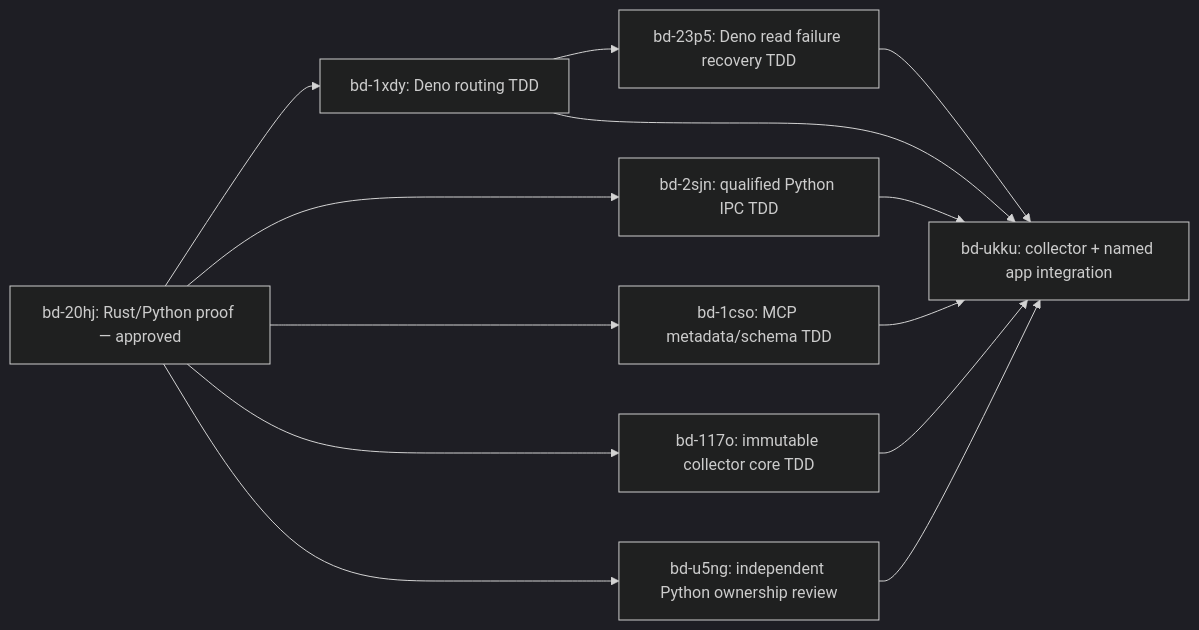
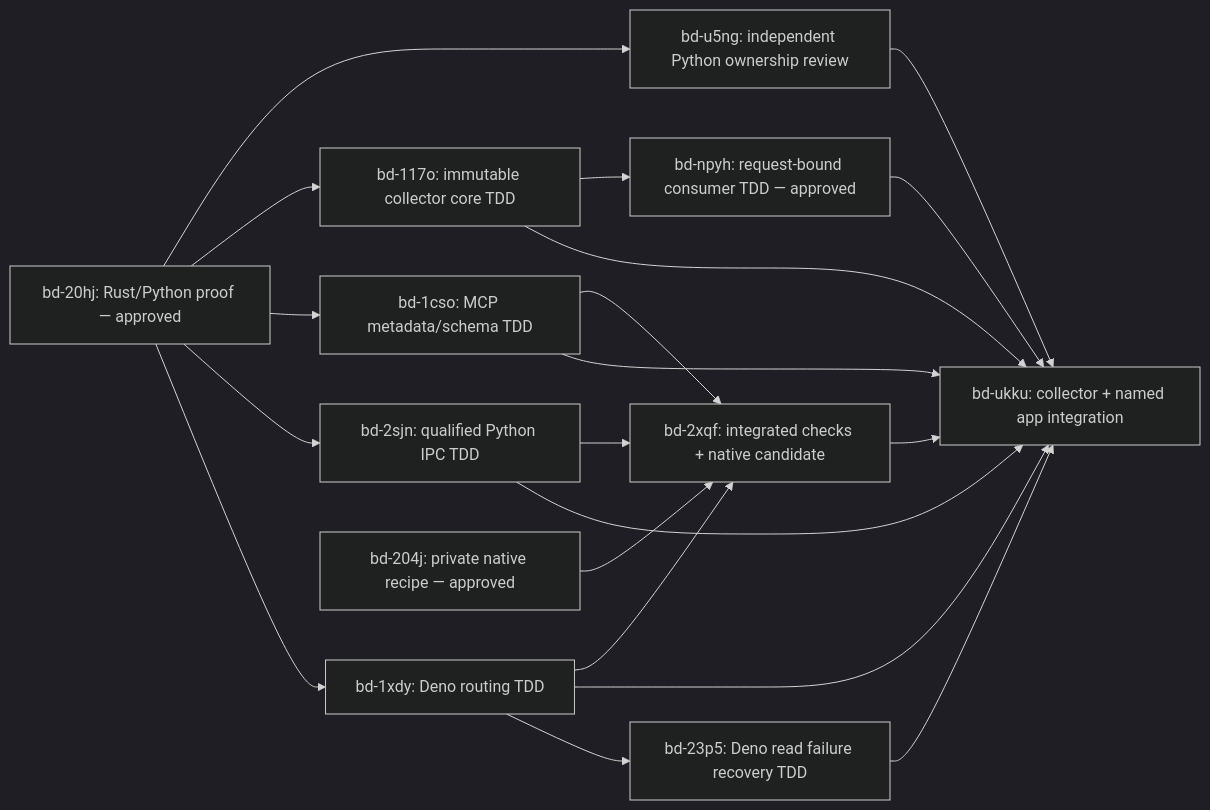
Before and after one commit to getspur/SpurCode: the diagram in docs/superpowers/plans/2026-11-18-qualified-named-review-runtime.md, drawn with Mermaid (dark theme). The commit also changed other lines of this file and 2 other files, not shown here.

Commit message:
docs(review): bd-3oku record completed named runtime TDD acceptance

````diff
--- a/docs/superpowers/plans/2026-11-18-qualified-named-review-runtime.md
+++ b/docs/superpowers/plans/2026-11-18-qualified-named-review-runtime.md
@@ -18,15 +18,22 @@
 ```mermaid
 flowchart LR
   P0["bd-20hj: Rust/Python proof — approved"] --> D1["bd-1xdy: Deno routing TDD"]
   P0 --> P1["bd-2sjn: qualified Python IPC TDD"]
   P0 --> M1["bd-1cso: MCP metadata/schema TDD"]
   P0 --> C0["bd-117o: immutable collector core TDD"]
   P0 --> PR1["bd-u5ng: independent Python ownership review"]
   D1 --> D2["bd-23p5: Deno read failure recovery TDD"]
   D1 --> C1["bd-ukku: collector + named app integration"]
   P1 --> C1
   M1 --> C1
   C0 --> C1
   D2 --> C1
   PR1 --> C1
+  C0 --> C1A["bd-npyh: request-bound consumer TDD — approved"]
+  I0["bd-204j: private native recipe — approved"] --> C1B["bd-2xqf: integrated checks + native candidate"]
+  D1 --> C1B
+  P1 --> C1B
+  M1 --> C1B
+  C1A --> C1
+  C1B --> C1
 ```
````
